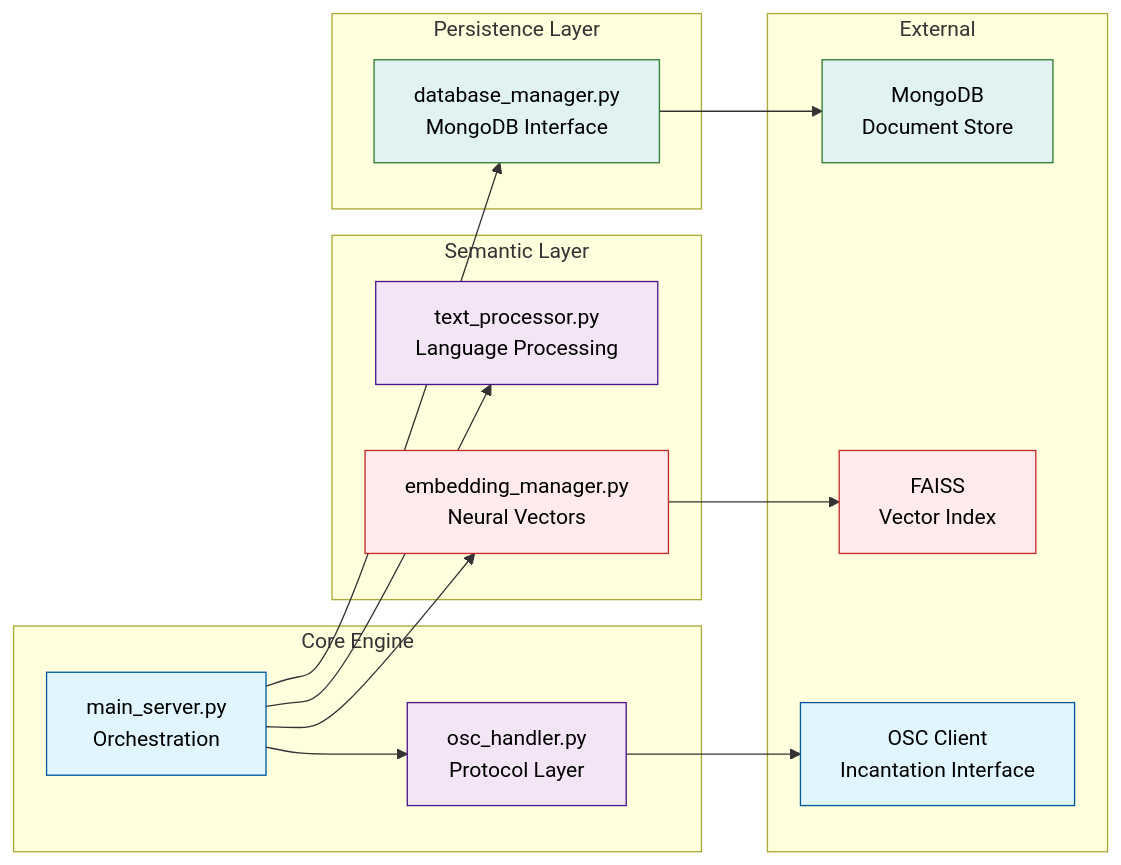
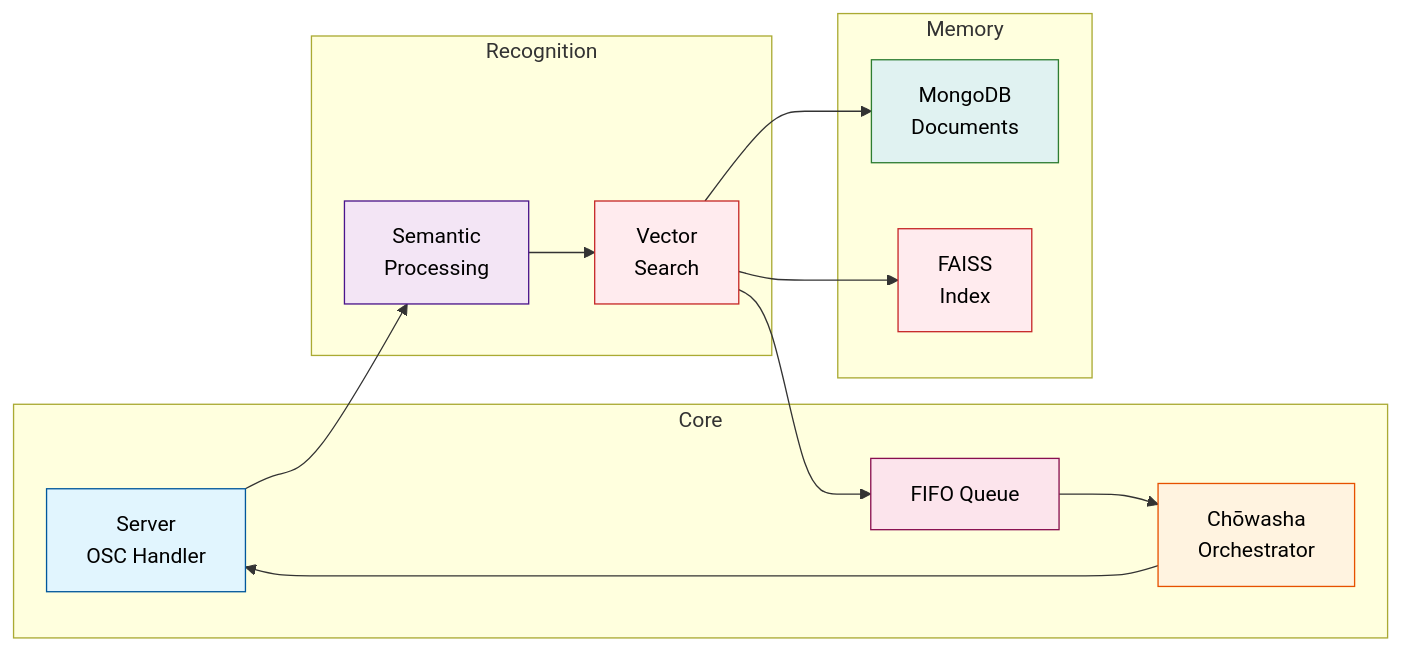
One commit to jpdrecourt/hibikido-server changed the third of 3 diagrams in README.md. Above: the diagram before and after it, drawn with Mermaid. The commit also changed other lines of this file and 8 other files, not shown here.

````diff
--- a/README.md
+++ b/README.md
@@ -176,39 +169,34 @@
 ```mermaid
 graph LR
-    subgraph "Core Engine"
-        A[main_server.py<br/>Orchestration]
-        B[osc_handler.py<br/>Protocol Layer]
+    subgraph "Core"
+        A[Server<br/>OSC Handler]
+        B[Chōwasha<br/>Orchestrator]
+        C[FIFO Queue]
     end
 
-    subgraph "Semantic Layer"
-        C[text_processor.py<br/>Language Processing]
-        D[embedding_manager.py<br/>Neural Vectors]
+    subgraph "Recognition"
+        D[Semantic<br/>Processing]
+        E[Vector<br/>Search]
     end
 
-    subgraph "Persistence Layer"
-        E[database_manager.py<br/>MongoDB Interface]
+    subgraph "Memory"
+        F[MongoDB<br/>Documents]
+        G[FAISS<br/>Index]
     end
 
-    subgraph "External"
-        F[MongoDB<br/>Document Store]
-        G[FAISS<br/>Vector Index]
-        H[OSC Client<br/>Incantation Interface]
-    end
-
-    A --> B
-    A --> C
     A --> D
-    A --> E
-    D --> G
+    D --> E
     E --> F
-    B --> H
+    E --> G
+    E --> C
+    C --> B
+    B --> A
 
     style A fill:#e1f5fe,stroke:#01579b,color:#000
-    style B fill:#f3e5f5,stroke:#4a148c,color:#000
-    style C fill:#f3e5f5,stroke:#4a148c,color:#000
-    style D fill:#ffebee,stroke:#c62828,color:#000
-    style E fill:#e0f2f1,stroke:#2e7d32,color:#000
+    style B fill:#fff3e0,stroke:#e65100,color:#000
+    style C fill:#fce4ec,stroke:#880e4f,color:#000
+    style D fill:#f3e5f5,stroke:#4a148c,color:#000
+    style E fill:#ffebee,stroke:#c62828,color:#000
     style F fill:#e0f2f1,stroke:#2e7d32,color:#000
     style G fill:#ffebee,stroke:#c62828,color:#000
-    style H fill:#e1f5fe,stroke:#01579b,color:#000
 ```
````
